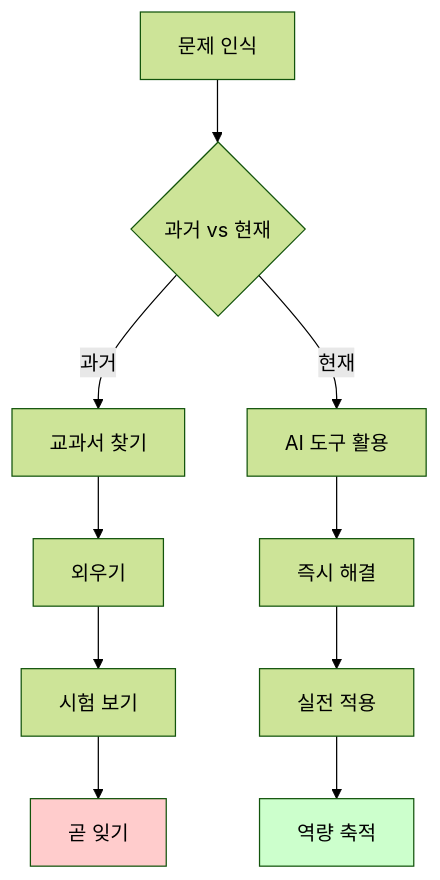
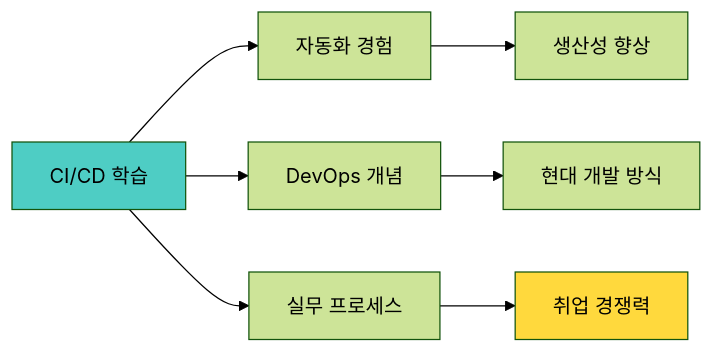
Diagram 11 of 14 in Docs/주제/5단계-AI가상환경_실전체험_교육가이드.md (Collegenie-X/AI-Vive-Coding), drawn with Mermaid (forest theme) before and after one commit. The commit also changed other lines of this file and 3 other files, not shown here.

````diff
--- a/Docs/주제/5단계-AI가상환경_실전체험_교육가이드.md
+++ b/Docs/주제/5단계-AI가상환경_실전체험_교육가이드.md
@@ -2608,17 +1423,13 @@
 ```mermaid
-graph TB
-    A[문제 인식] --> B{과거 vs 현재}
+graph LR
+    A[CI/CD 학습] --> B[자동화 경험]
+    A --> C[DevOps 개념]
+    A --> D[실무 프로세스]
     
-    B -->|과거| C[교과서 찾기]
-    C --> D[외우기]
-    D --> E[시험 보기]
-    E --> F[곧 잊기]
+    B --> E[생산성 향상]
+    C --> F[현대 개발 방식]
+    D --> G[취업 경쟁력]
     
-    B -->|현재| G[AI 도구 활용]
-    G --> H[즉시 해결]
-    H --> I[실전 적용]
-    I --> J[역량 축적]
-    
-    style F fill:#ffcccc
-    style J fill:#ccffcc
+    style A fill:#4ECDC4
+    style G fill:#FFD93D
 ```
````
